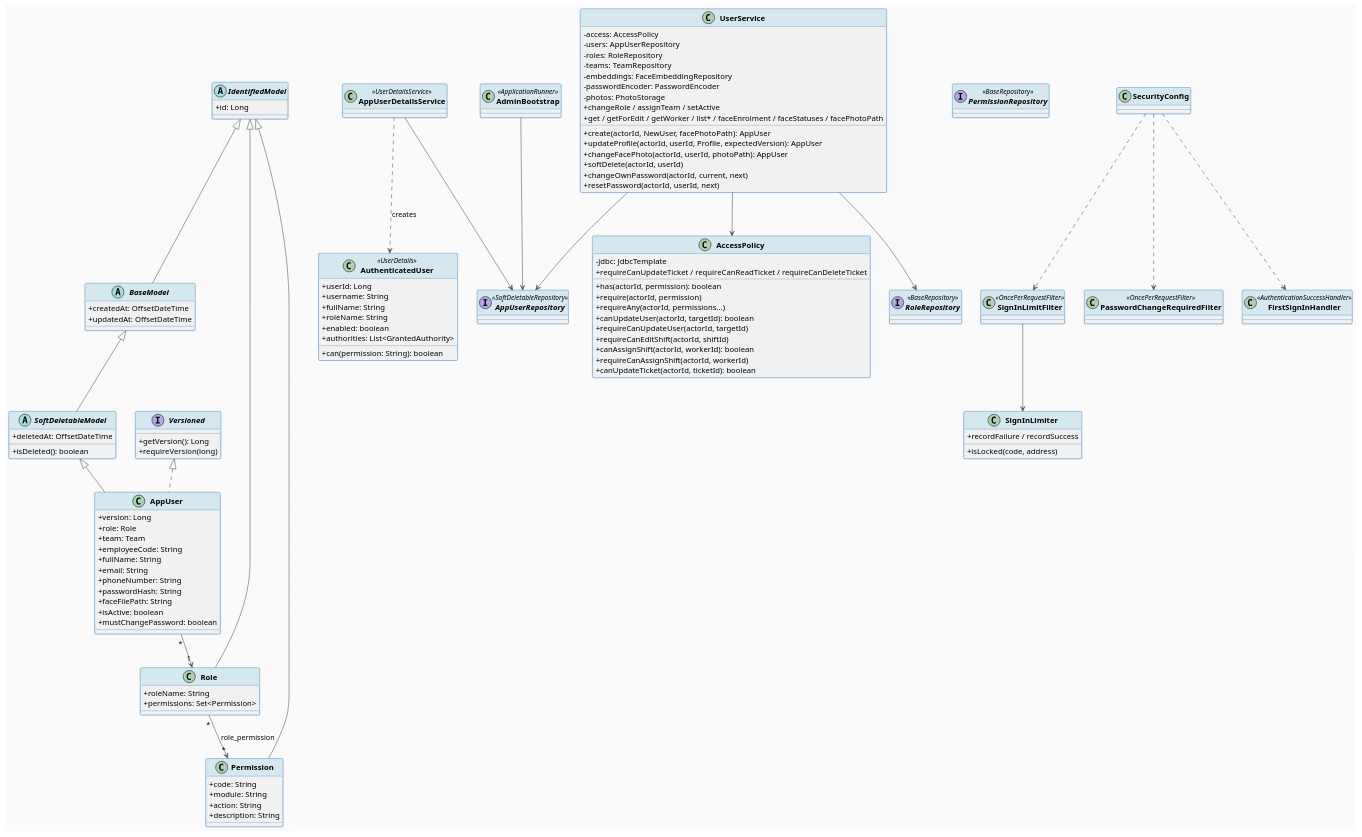
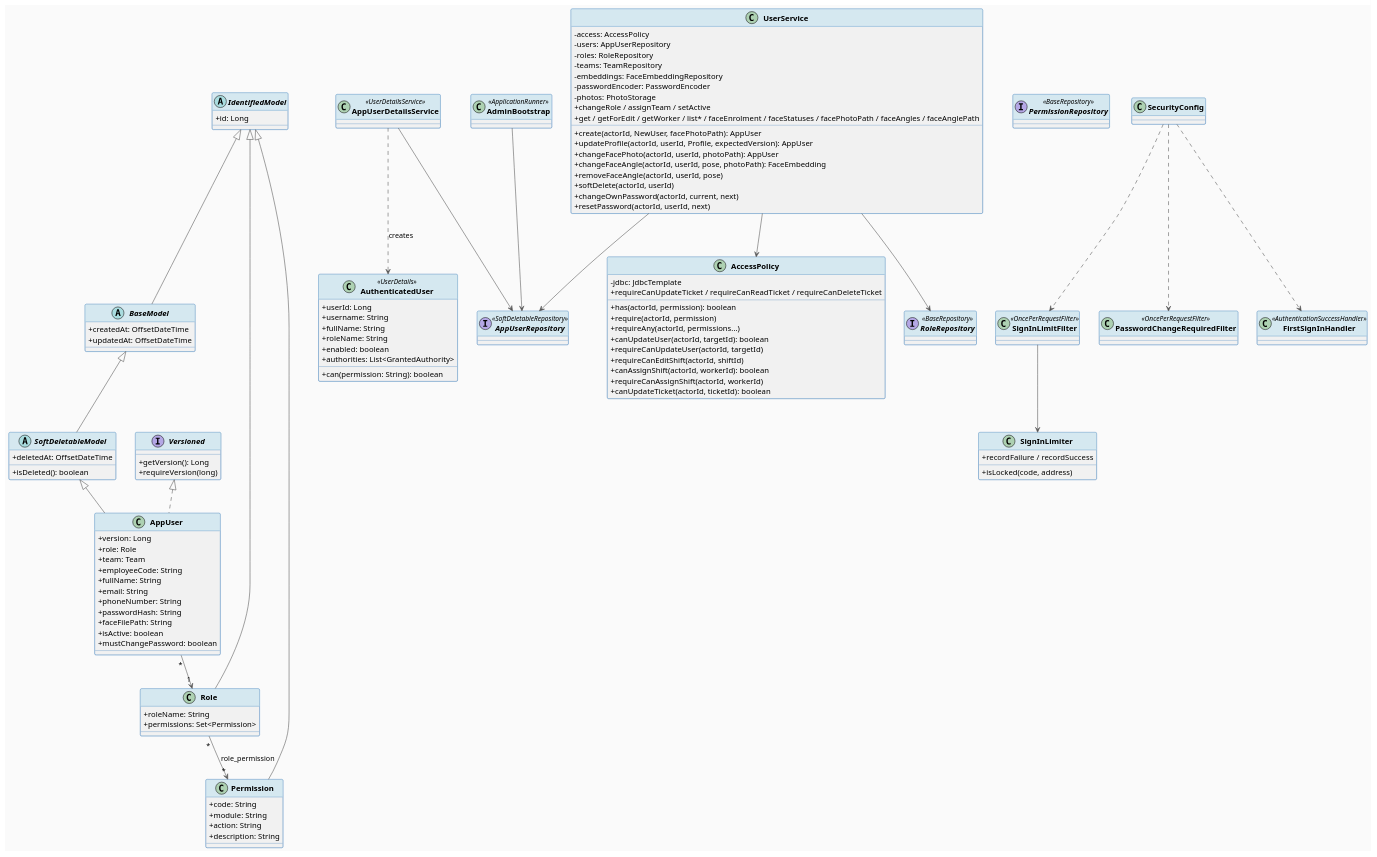
Before and after one commit to OwOchiii/steelsight_erp: the first of 4 diagrams in 03_implement/STEELSIGHT-IAM-IMP-001_TDS.md, drawn with PlantUML. The commit also changed other lines of this file and 172 other files, not shown here.

```diff
--- a/03_implement/STEELSIGHT-IAM-IMP-001_TDS.md
+++ b/03_implement/STEELSIGHT-IAM-IMP-001_TDS.md
@@ -236,10 +237,12 @@
   + updateProfile(actorId, userId, Profile, expectedVersion): AppUser
   + changeRole / assignTeam / setActive
   + changeFacePhoto(actorId, userId, photoPath): AppUser
+  + changeFaceAngle(actorId, userId, pose, photoPath): FaceEmbedding
+  + removeFaceAngle(actorId, userId, pose)
   + softDelete(actorId, userId)
   + changeOwnPassword(actorId, current, next)
   + resetPassword(actorId, userId, next)
-  + get / getForEdit / getWorker / list* / faceEnrolment / faceStatuses / facePhotoPath
+  + get / getForEdit / getWorker / list* / faceEnrolment / faceStatuses / facePhotoPath / faceAngles / faceAnglePath
 }
 
 interface AppUserRepository <<SoftDeletableRepository>>
```
